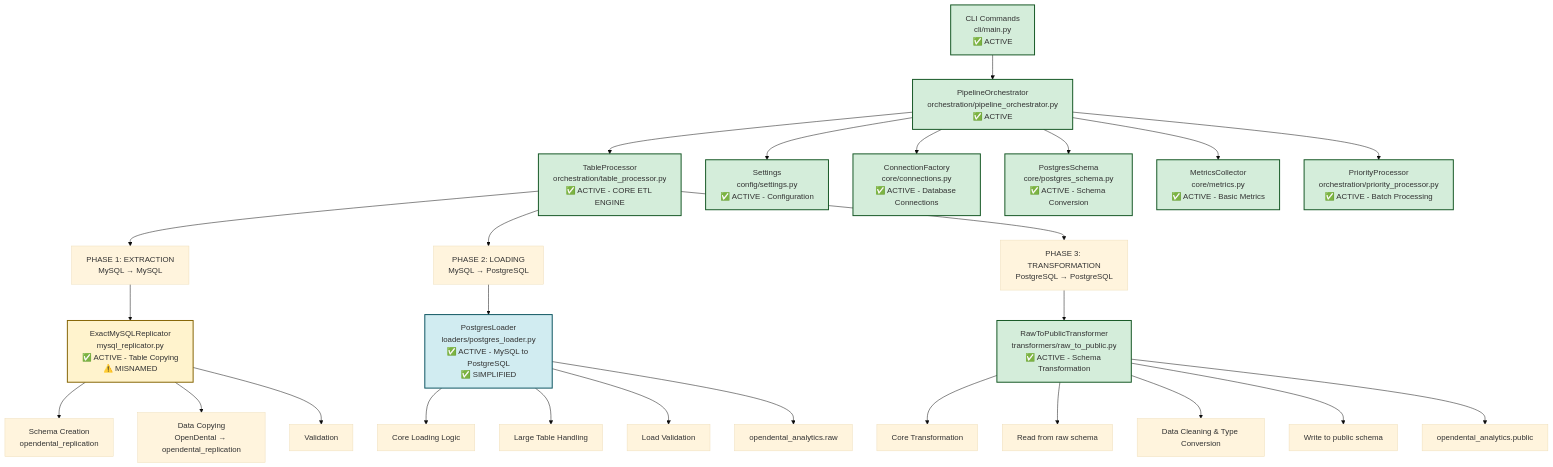
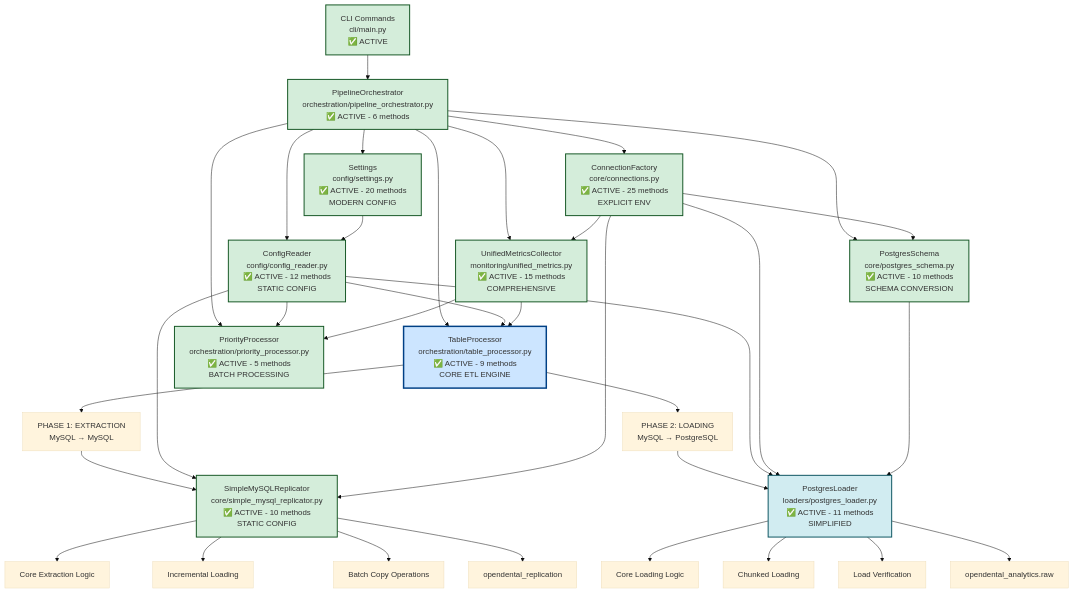
The third of 7 diagrams in etl_pipeline/docs/DATA_FLOW_DIAGRAM.md (BenjaminRains/dbt_dental_clinic), drawn with Mermaid (base theme) before and after one commit. The commit also changed other lines of this file, not shown here.

First line of the commit message:
docs: add comprehensive data flow diagram and architecture overview

````diff
--- a/etl_pipeline/docs/DATA_FLOW_DIAGRAM.md
+++ b/etl_pipeline/docs/DATA_FLOW_DIAGRAM.md
@@ -5,54 +117,65 @@
 ```mermaid
 graph TD
     %% Entry Points
-    CLI["CLI Commands<br/>cli/main.py<br/>✅ ACTIVE"] --> ORCH["PipelineOrchestrator<br/>orchestration/pipeline_orchestrator.py<br/>✅ ACTIVE"]
+    CLI["CLI Commands<br/>cli/main.py<br/>✅ ACTIVE"] --> ORCH["PipelineOrchestrator<br/>orchestration/pipeline_orchestrator.py<br/>✅ ACTIVE - 6 methods"]
     
     %% Main Orchestration
-    ORCH --> TP["TableProcessor<br/>orchestration/table_processor.py<br/>✅ ACTIVE - CORE ETL ENGINE"]
+    ORCH --> TP["TableProcessor<br/>orchestration/table_processor.py<br/>✅ ACTIVE - 9 methods<br/>CORE ETL ENGINE"]
+    ORCH --> PP["PriorityProcessor<br/>orchestration/priority_processor.py<br/>✅ ACTIVE - 5 methods<br/>BATCH PROCESSING"]
     
     %% ETL Phases
     TP --> PHASE1["PHASE 1: EXTRACTION<br/>MySQL → MySQL"]
     TP --> PHASE2["PHASE 2: LOADING<br/>MySQL → PostgreSQL"]
-    TP --> PHASE3["PHASE 3: TRANSFORMATION<br/>PostgreSQL → PostgreSQL"]
     
     %% Phase 1: Extraction
-    PHASE1 --> MYSQL_COPY["ExactMySQLReplicator<br/>mysql_replicator.py<br/>✅ ACTIVE - Table Copying<br/>⚠️ MISNAMED"]
-    MYSQL_COPY --> SCHEMA["Schema Creation<br/>opendental_replication"]
-    MYSQL_COPY --> DATA_COPY["Data Copying<br/>OpenDental → opendental_replication"]
-    MYSQL_COPY --> VERIFY1["Validation"]
+    PHASE1 --> SMR["SimpleMySQLReplicator<br/>core/simple_mysql_replicator.py<br/>✅ ACTIVE - 10 methods<br/>STATIC CONFIG"]
+    SMR --> EXTRACT_CORE["Core Extraction Logic"]
+    SMR --> INCREMENTAL["Incremental Loading"]
+    SMR --> BATCH_COPY["Batch Copy Operations"]
+    SMR --> REPLICATION_DB["opendental_replication"]
     
     %% Phase 2: Loading
-    PHASE2 --> PG_LOADER["PostgresLoader<br/>loaders/postgres_loader.py<br/>✅ ACTIVE - MySQL to PostgreSQL<br/>✅ SIMPLIFIED"]
-    PG_LOADER --> LOAD_CORE["Core Loading Logic"]
-    PG_LOADER --> CHUNKED["Large Table Handling"]
-    PG_LOADER --> VERIFY2["Load Validation"]
-    PG_LOADER --> RAW_SCHEMA["opendental_analytics.raw"]
-    
-    %% Phase 3: Transformation
-    PHASE3 --> TRANSFORMER["RawToPublicTransformer<br/>transformers/raw_to_public.py<br/>✅ ACTIVE - Schema Transformation"]
-    TRANSFORMER --> TRANSFORM_CORE["Core Transformation"]
-    TRANSFORMER --> READ_RAW["Read from raw schema"]
-    TRANSFORMER --> CLEAN["Data Cleaning & Type Conversion"]
-    TRANSFORMER --> WRITE_PUBLIC["Write to public schema"]
-    TRANSFORMER --> PUBLIC_SCHEMA["opendental_analytics.public"]
+    PHASE2 --> PGL["PostgresLoader<br/>loaders/postgres_loader.py<br/>✅ ACTIVE - 11 methods<br/>SIMPLIFIED"]
+    PGL --> LOAD_CORE["Core Loading Logic"]
+    PGL --> CHUNKED["Chunked Loading"]
+    PGL --> VERIFY["Load Verification"]
+    PGL --> RAW_SCHEMA["opendental_analytics.raw"]
     
     %% Supporting Components
-    ORCH --> CONFIG["Settings<br/>config/settings.py<br/>✅ ACTIVE - Configuration"]
-    ORCH --> CONN["ConnectionFactory<br/>core/connections.py<br/>✅ ACTIVE - Database Connections"]
-    ORCH --> SCHEMA_CONV["PostgresSchema<br/>core/postgres_schema.py<br/>✅ ACTIVE - Schema Conversion"]
-    ORCH --> METRICS["MetricsCollector<br/>core/metrics.py<br/>✅ ACTIVE - Basic Metrics"]
+    ORCH --> CONFIG["Settings<br/>config/settings.py<br/>✅ ACTIVE - 20 methods<br/>MODERN CONFIG"]
+    ORCH --> CR["ConfigReader<br/>config/config_reader.py<br/>✅ ACTIVE - 12 methods<br/>STATIC CONFIG"]
+    ORCH --> CONN["ConnectionFactory<br/>core/connections.py<br/>✅ ACTIVE - 25 methods<br/>EXPLICIT ENV"]
+    ORCH --> PGS["PostgresSchema<br/>core/postgres_schema.py<br/>✅ ACTIVE - 10 methods<br/>SCHEMA CONVERSION"]
+    ORCH --> UMC["UnifiedMetricsCollector<br/>monitoring/unified_metrics.py<br/>✅ ACTIVE - 15 methods<br/>COMPREHENSIVE"]
     
-    %% Priority Processing
-    ORCH --> PRIORITY["PriorityProcessor<br/>orchestration/priority_processor.py<br/>✅ ACTIVE - Batch Processing"]
+    %% Configuration Flow
+    CONFIG --> CR
+    CR --> SMR
+    CR --> PGL
+    CR --> TP
+    CR --> PP
+    
+    %% Connection Management
+    CONN --> SMR
+    CONN --> PGL
+    CONN --> PGS
+    CONN --> UMC
+    
+    %% Schema Conversion
+    PGS --> PGL
+    
+    %% Metrics Collection
+    UMC --> TP
+    UMC --> PP
     
     %% Styling
     classDef active fill:#d4edda,stroke:#155724,stroke-width:2px
-    classDef deprecated fill:#f8d7da,stroke:#721c24,stroke-width:2px
+    classDef core fill:#cce5ff,stroke:#004085,stroke-width:3px
     classDef simplified fill:#d1ecf1,stroke:#0c5460,stroke-width:2px
-    classDef misnamed fill:#fff3cd,stroke:#856404,stroke-width:2px
+    classDef modern fill:#d4edda,stroke:#155724,stroke-width:2px
     
-    class CLI,ORCH,TP,CONFIG,CONN,SCHEMA_CONV,METRICS,PRIORITY active
-    class TRANSFORMER,PG_LOADER active
-    class MYSQL_COPY misnamed
-    class PG_LOADER simplified
+    class CLI,ORCH,TP,PP,CONFIG,CR,CONN,PGS,UMC,SMR,PGL active
+    class TP core
+    class PGL simplified
+    class CONFIG,CR modern
 ```
````
